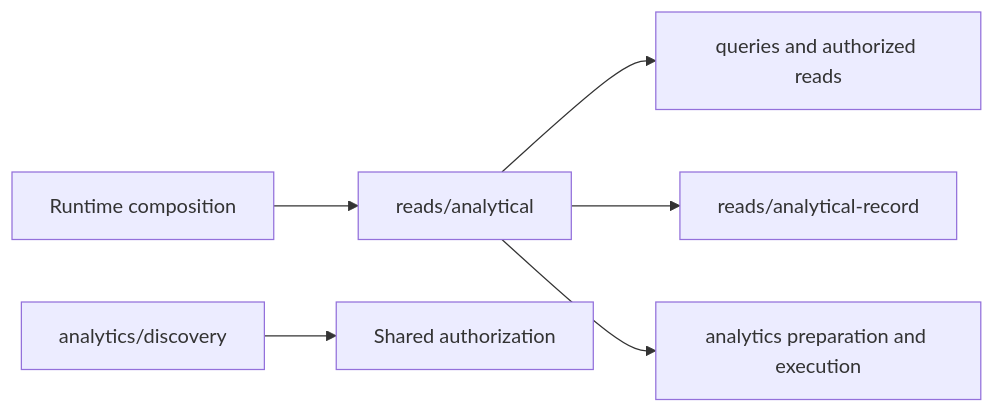
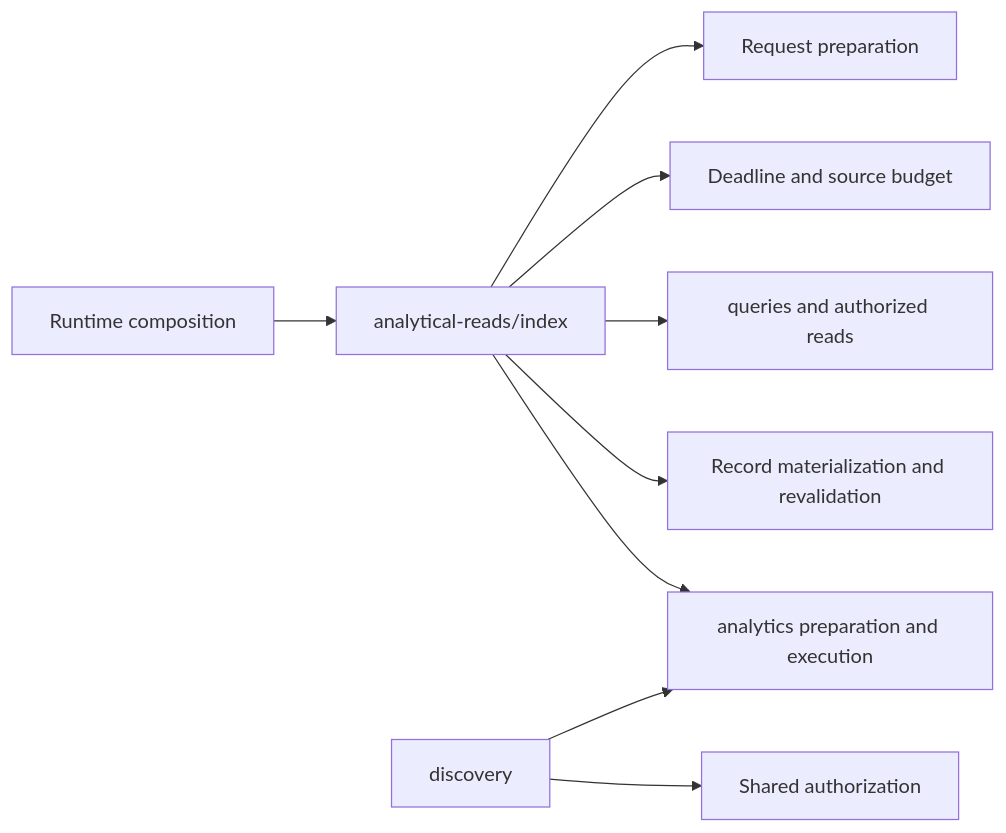
The ninth of 9 diagrams in packages/runtime/CONTRACT.md (relatehq/relate), drawn with Mermaid before and after one commit. The commit also changed other lines of this file and 40 other files, not shown here.

````diff
--- a/packages/runtime/CONTRACT.md
+++ b/packages/runtime/CONTRACT.md
@@ -682,8 +690,11 @@
 ```mermaid
 flowchart LR
-  Runtime[Runtime composition] --> Read[reads/analytical]
+  Runtime[Runtime composition] --> Read[analytical-reads/index]
+  Read --> Prepare[Request preparation]
+  Read --> Operation[Deadline and source budget]
   Read --> Ordinary[queries and authorized reads]
-  Read --> Records[reads/analytical-record]
+  Read --> Records[Record materialization and revalidation]
   Read --> Execution[analytics preparation and execution]
-  Discovery[analytics/discovery] --> Authorization[Shared authorization]
+  Discovery[discovery] --> Authorization[Shared authorization]
+  Discovery --> Execution
 ```
````
